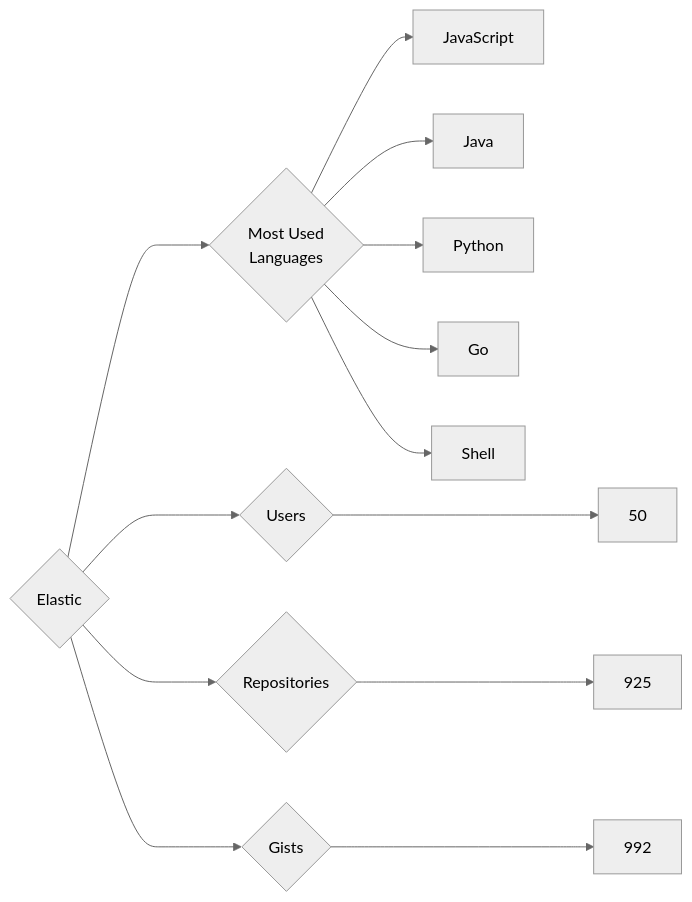
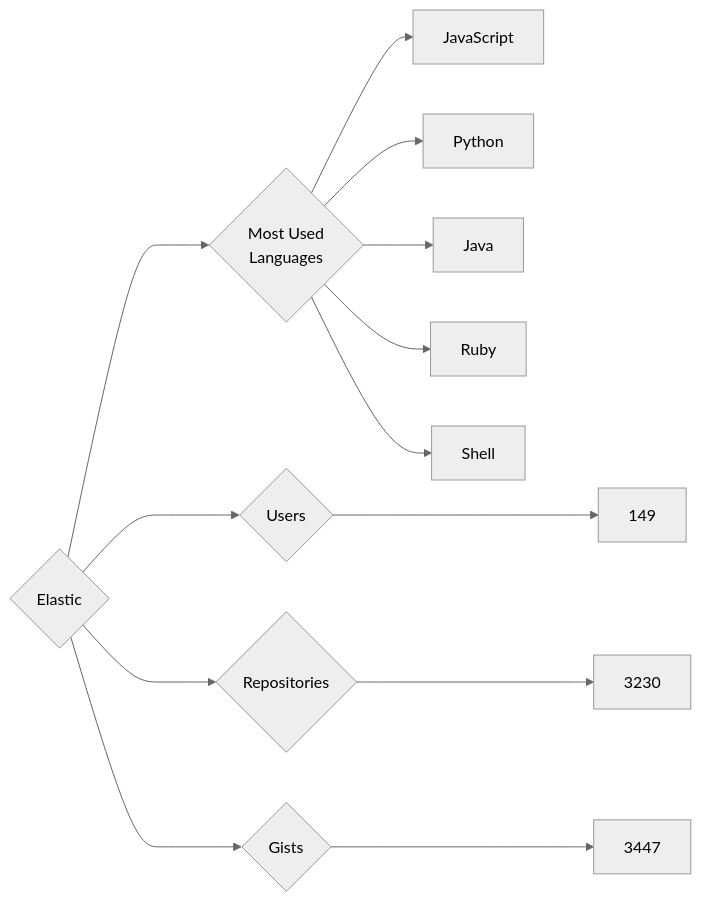
The diagram in targets/Elastic/README.md (trickest/insiders), drawn with Mermaid (neutral theme) before and after one commit. The commit also changed 1195 other files, not shown here.

````diff
--- a/targets/Elastic/README.md
+++ b/targets/Elastic/README.md
@@ -3,13 +3,13 @@
 ```mermaid
 graph LR
 COMPANY_NAME{Elastic}
-COMPANY_NAME ---> U{Users} ---> UN[50]
-COMPANY_NAME ---> R{Repositories} ---> RN[925]
-COMPANY_NAME ---> G{Gists} ---> GN[992]
+COMPANY_NAME ---> U{Users} ---> UN[149]
+COMPANY_NAME ---> R{Repositories} ---> RN[3230]
+COMPANY_NAME ---> G{Gists} ---> GN[3447]
 COMPANY_NAME ---> ML{Most Used<br>Languages}
 ML --> JavaScript[JavaScript]
+ML --> Python[Python]
 ML --> Java[Java]
-ML --> Python[Python]
-ML --> Go[Go]
+ML --> Ruby[Ruby]
 ML --> Shell[Shell]
 ```
````
